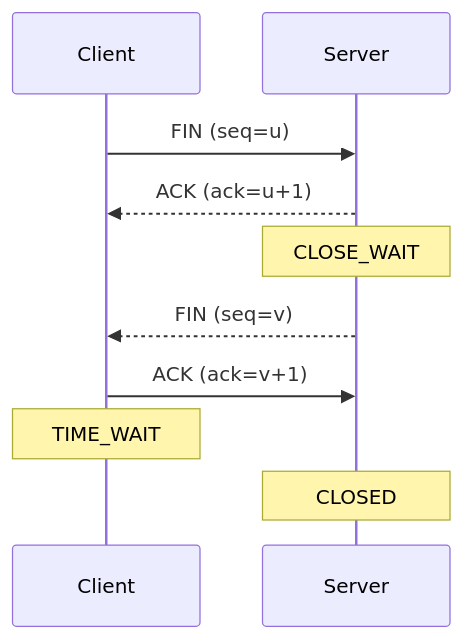
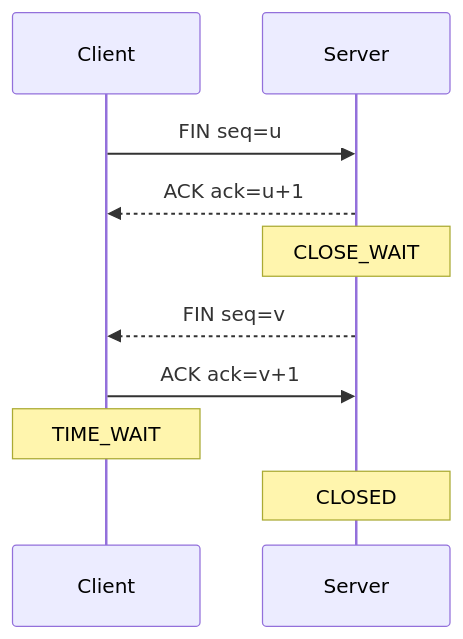
Before and after one commit to yjkim2015/yjkim2015.github.io: the second of 6 diagrams in _posts/network/2026-05-03-tcp-udp-deep.md, drawn with Mermaid. The commit also changed other lines of this file and 85 other files, not shown here.

First line of the commit message:
sequenceDiagram 문법 에러 2차 수정 169개 (86파일)

````diff
--- a/_posts/network/2026-05-03-tcp-udp-deep.md
+++ b/_posts/network/2026-05-03-tcp-udp-deep.md
@@ -98,12 +98,12 @@
 ```mermaid
 sequenceDiagram
     participant C as Client
     participant S as Server
-    C->>S: FIN (seq=u)
-    S-->>C: ACK (ack=u+1)
+    C->>S: FIN seq=u
+    S-->>C: ACK ack=u+1
     Note over S: CLOSE_WAIT
-    S-->>C: FIN (seq=v)
-    C->>S: ACK (ack=v+1)
+    S-->>C: FIN seq=v
+    C->>S: ACK ack=v+1
     Note over C: TIME_WAIT
     Note over S: CLOSED
 ```
````
